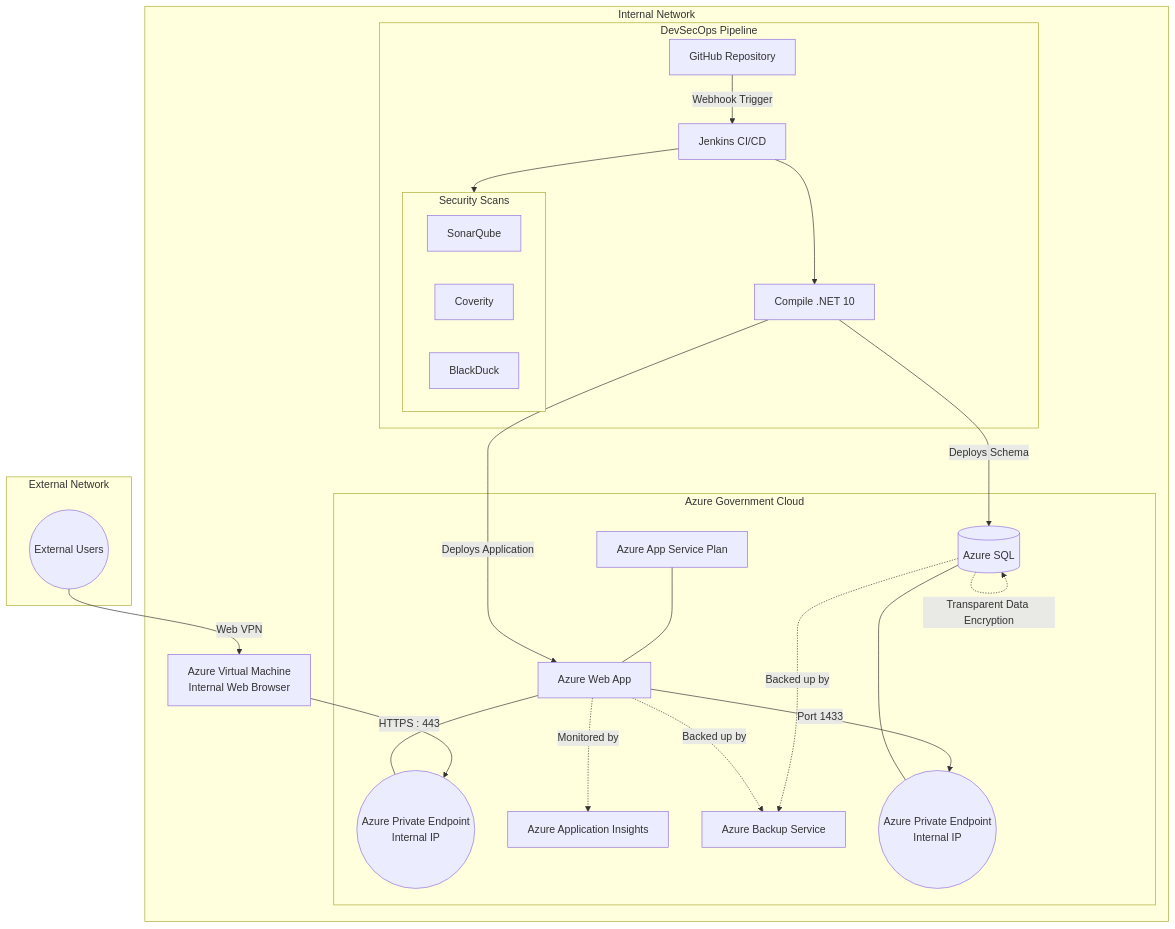
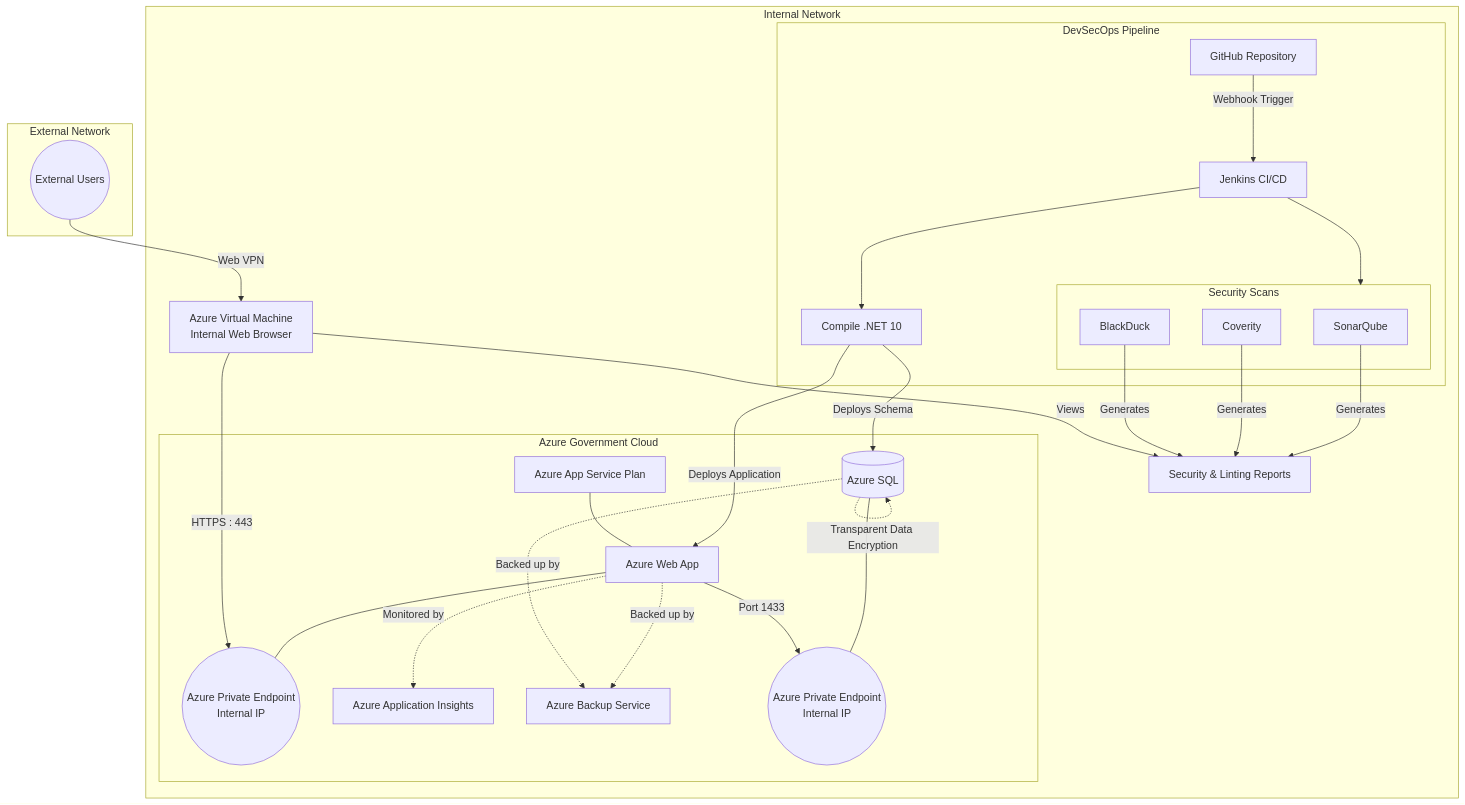
Before and after one commit to SingularityResearch/ChatApp: the diagram in DeploymentRequirements.md, drawn with Mermaid.

Commit message:
add devsecops reports to the diagram

````diff
--- a/DeploymentRequirements.md
+++ b/DeploymentRequirements.md
@@ -27,64 +27,72 @@
 ```mermaid
 graph TD
     subgraph InternalNetwork [Internal Network]
         subgraph Pipeline [DevSecOps Pipeline]
             GitHub[GitHub Repository]
             Jenkins[Jenkins CI/CD]
             
             subgraph SecurityScans [Security Scans]
                 SonarQube[SonarQube]
                 Coverity[Coverity]
                 BlackDuck[BlackDuck]
             end
             
             Build[Compile .NET 10]
         end
+
+        Reports[Security & Linting Reports]
 
         subgraph AzureGov [Azure Government Cloud]
             AppServicePlan[Azure App Service Plan]
             WebApp[Azure Web App]
             WebAppPE((Azure Private Endpoint<br>Internal IP))
             
             AppInsights[Azure Application Insights]
             BackupSvc[Azure Backup Service]
             
             AzureSQL[(Azure SQL)]
             SqlPE((Azure Private Endpoint<br>Internal IP))
         end
         
         InternalVM[Azure Virtual Machine<br>Internal Web Browser]
     end
 
     subgraph ExternalNetwork [External Network]
         Users((External Users))
     end
 
     %% Pipeline Flow
     GitHub -- Webhook Trigger --> Jenkins
     Jenkins --> SecurityScans
     Jenkins --> Build
     
+    %% Reporting
+    SonarQube -- Generates --> Reports
+    Coverity -- Generates --> Reports
+    BlackDuck -- Generates --> Reports
+    
     %% Deployment Flow
     Build -- Deploys Application --> WebApp
     Build -- Deploys Schema --> AzureSQL
     
     %% Azure Infrastructure
     AppServicePlan --- WebApp
     WebApp --- WebAppPE
     AzureSQL --- SqlPE
     
     %% Communication
     WebApp -- Port 1433 --> SqlPE
     
     %% Encryption
     AzureSQL -. Transparent Data Encryption .-> AzureSQL
     
     %% Monitoring & Backup
     WebApp -. Monitored by .-> AppInsights
     WebApp -. Backed up by .-> BackupSvc
     AzureSQL -. Backed up by .-> BackupSvc
     
     %% Data Traffic
     Users -- Web VPN --> InternalVM
     InternalVM -- HTTPS : 443 --> WebAppPE
+    InternalVM -- Views --> Reports
 ```
````
